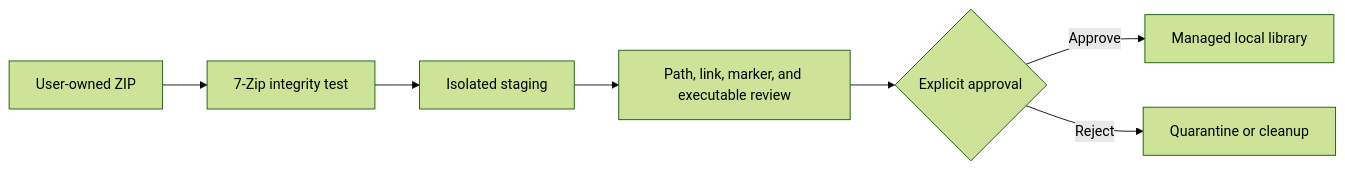
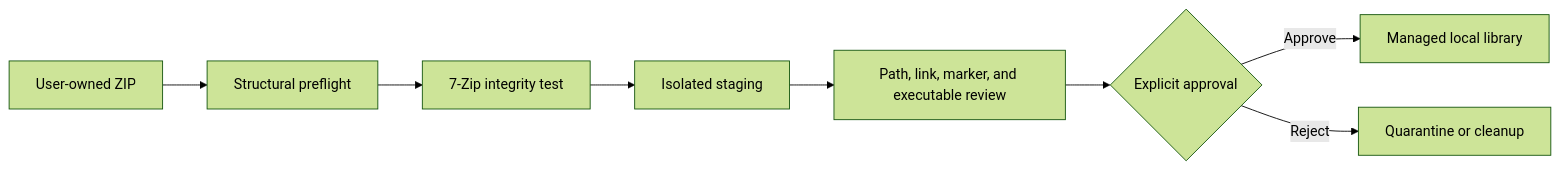
Before and after one commit to NouraldinFarge/gamevault: the diagram in README.md, drawn with Mermaid (forest theme). The commit also changed other lines of this file and 39 other files, not shown here.

````diff
--- a/README.md
+++ b/README.md
@@ -24,9 +25,10 @@
 ```mermaid
 flowchart LR
-    A["User-owned ZIP"] --> B["7-Zip integrity test"]
-    B --> C["Isolated staging"]
-    C --> D["Path, link, marker, and executable review"]
-    D --> E{"Explicit approval"}
-    E -->|Approve| F["Managed local library"]
-    E -->|Reject| G["Quarantine or cleanup"]
+    A["User-owned ZIP"] --> B["Structural preflight"]
+    B --> C["7-Zip integrity test"]
+    C --> D["Isolated staging"]
+    D --> E["Path, link, marker, and executable review"]
+    E --> F{"Explicit approval"}
+    F -->|Approve| G["Managed local library"]
+    F -->|Reject| H["Quarantine or cleanup"]
 ```
````
